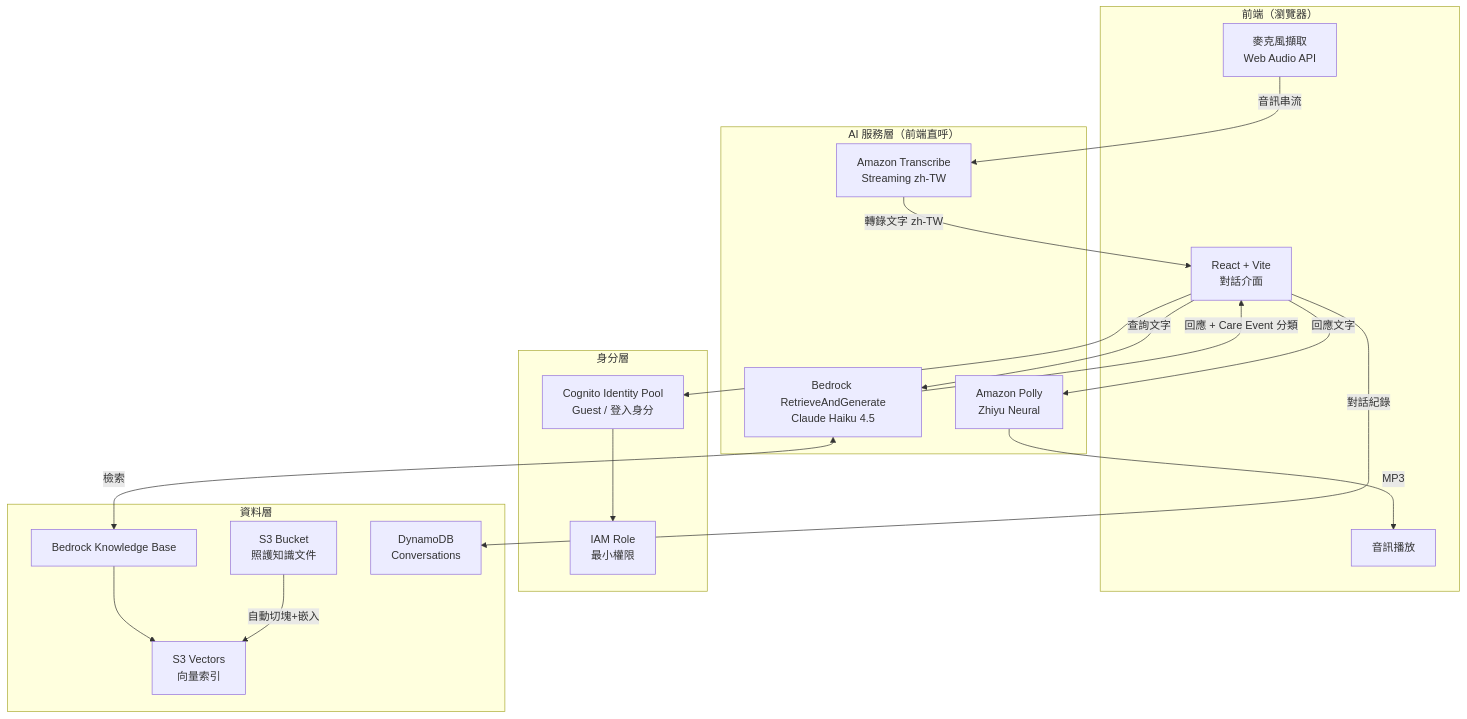
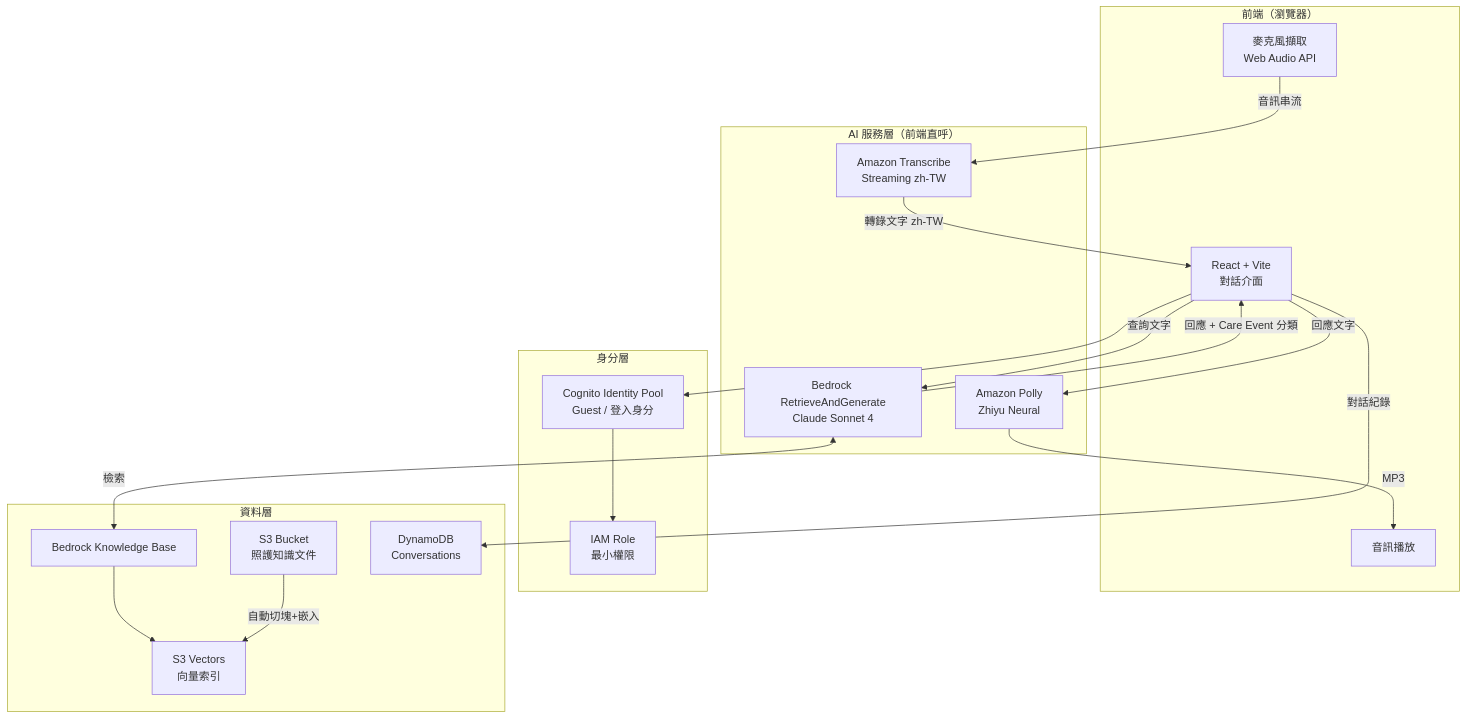
Before and after one commit to linjinhsien/Profit-Prophet: the first of 3 diagrams in docs/architecture.md, drawn with Mermaid. The commit also changed other lines of this file and 6 other files, not shown here.

First line of the commit message:
Update model from Claude Haiku 4.5 to Claude Sonnet 4

````diff
--- a/docs/architecture.md
+++ b/docs/architecture.md
@@ -28,39 +28,39 @@
 ```mermaid
 graph TB
     subgraph Client["前端（瀏覽器）"]
         UI[React + Vite<br/>對話介面]
         MIC[麥克風擷取<br/>Web Audio API]
         SPK[音訊播放]
     end
 
     subgraph Auth["身分層"]
         COG[Cognito Identity Pool<br/>Guest / 登入身分]
         IAM[IAM Role<br/>最小權限]
     end
 
     subgraph AI["AI 服務層（前端直呼）"]
         TRANS[Amazon Transcribe<br/>Streaming zh-TW]
-        BR[Bedrock RetrieveAndGenerate<br/>Claude Haiku 4.5]
+        BR[Bedrock RetrieveAndGenerate<br/>Claude Sonnet 4]
         POLLY[Amazon Polly<br/>Zhiyu Neural]
     end
 
     subgraph Data["資料層"]
         S3[S3 Bucket<br/>照護知識文件]
         S3V[S3 Vectors<br/>向量索引]
         KB[Bedrock Knowledge Base]
         DDB[DynamoDB<br/>Conversations]
     end
 
     UI --> COG
     COG --> IAM
     MIC -->|音訊串流| TRANS
     TRANS -->|轉錄文字 zh-TW| UI
     UI -->|查詢文字| BR
     BR <-->|檢索| KB
     KB --> S3V
     S3 -->|自動切塊+嵌入| S3V
     BR -->|回應 + Care Event 分類| UI
     UI -->|回應文字| POLLY
     POLLY -->|MP3| SPK
     UI -->|對話紀錄| DDB
 ```
````
